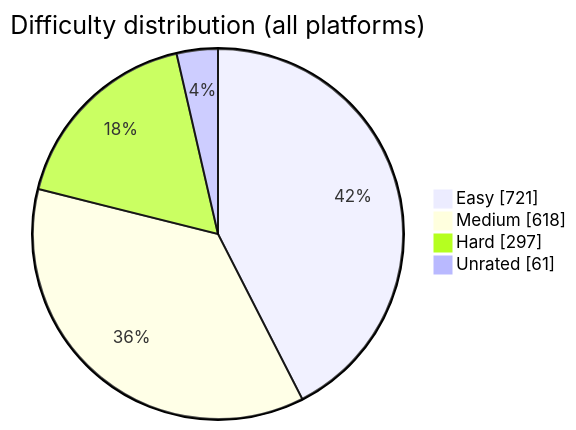
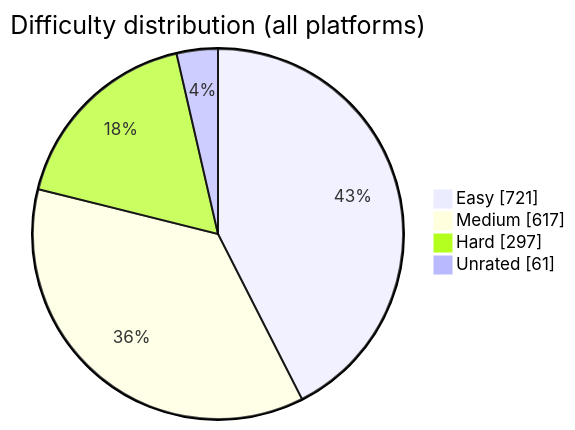
Before and after one commit to BuildbyArindam/Daily-Coding-Log: the diagram in README.md, drawn with Mermaid. The commit also changed other lines of this file, not shown here.

````diff
--- a/README.md
+++ b/README.md
@@ -93,7 +93,7 @@
 ```mermaid
 pie showData title Difficulty distribution (all platforms)
     "Easy" : 721
-    "Medium" : 618
+    "Medium" : 617
     "Hard" : 297
     "Unrated" : 61
 ```
````
